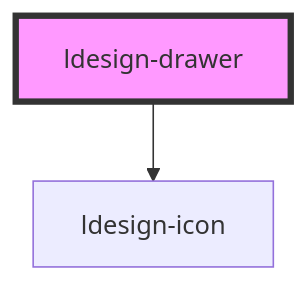
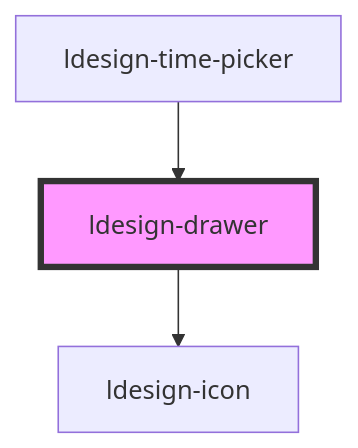
The diagram in packages/webcomponent/src/components/drawer/readme.md (poly1603/ldesign), drawn with Mermaid before and after one commit. The commit also changed other lines of this file and 44 other files, not shown here.

````diff
--- a/packages/webcomponent/src/components/drawer/readme.md
+++ b/packages/webcomponent/src/components/drawer/readme.md
@@ -82,5 +87,6 @@
 ```mermaid
 graph TD;
   ldesign-drawer --> ldesign-icon
+  ldesign-time-picker --> ldesign-drawer
   style ldesign-drawer fill:#f9f,stroke:#333,stroke-width:4px
 ```
````
